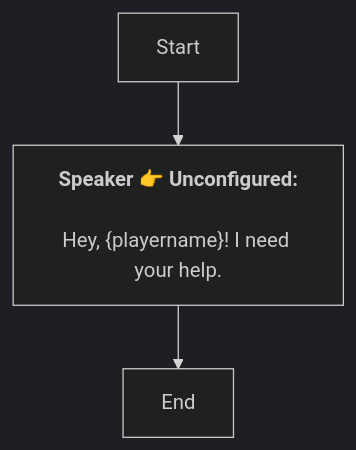
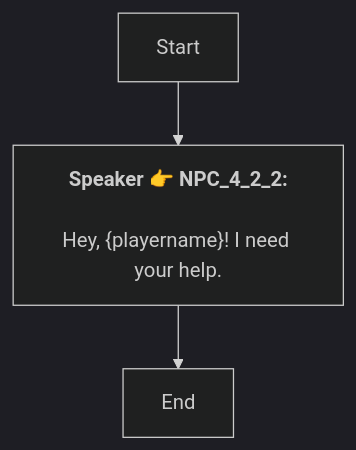
One commit to SoftHu/tos_avg changed the diagram in Zh/Dialog_55285789526116.md. Above: the diagram before and after it, drawn with Mermaid (dark theme). The commit also changed 737 other files, not shown here.

````diff
--- a/Zh/Dialog_55285789526116.md
+++ b/Zh/Dialog_55285789526116.md
@@ -1,8 +1,7 @@
 ```mermaid
 graph
-Start -->1769145281951776[<b>Speaker 👉 Unconfigured:</b>
-
-Hey, &lbrace;playername&rbrace;! I need your help.]
+Start -->1769145281951776[<b>Speaker 👉 NPC_4_2_2:</b>
+\nHey, &lbrace;playername&rbrace;! I need your help.]
 1769145281951776 -->1769145283281953[End]
 
- ```
+```
````
